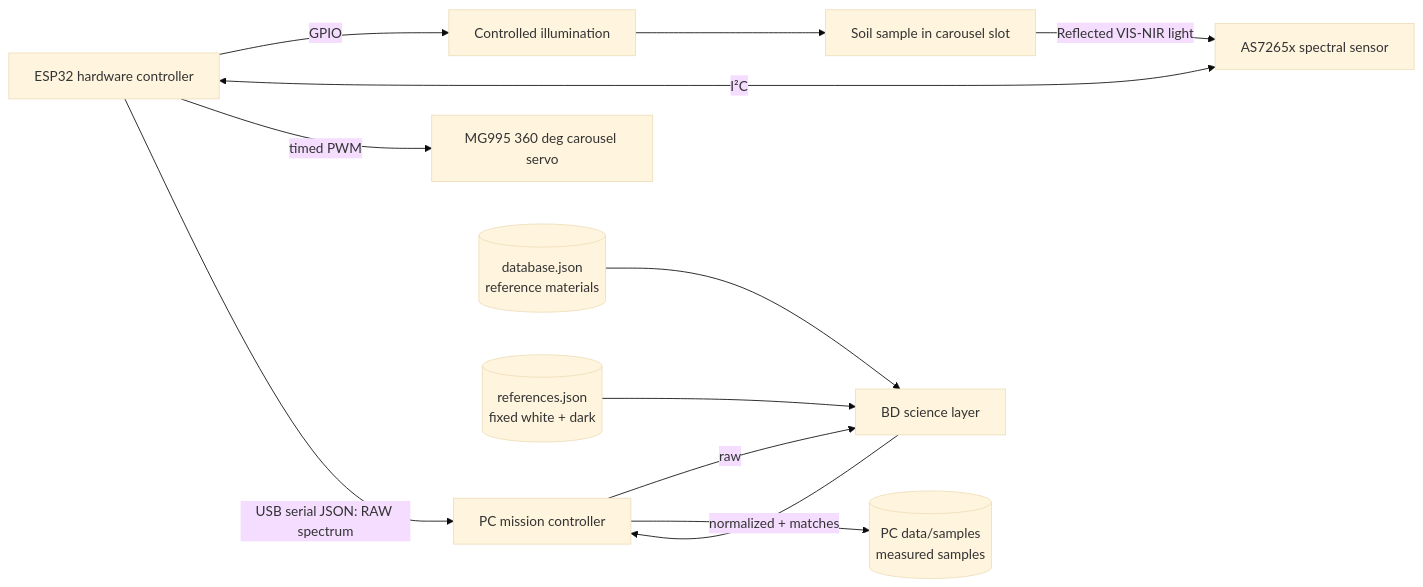
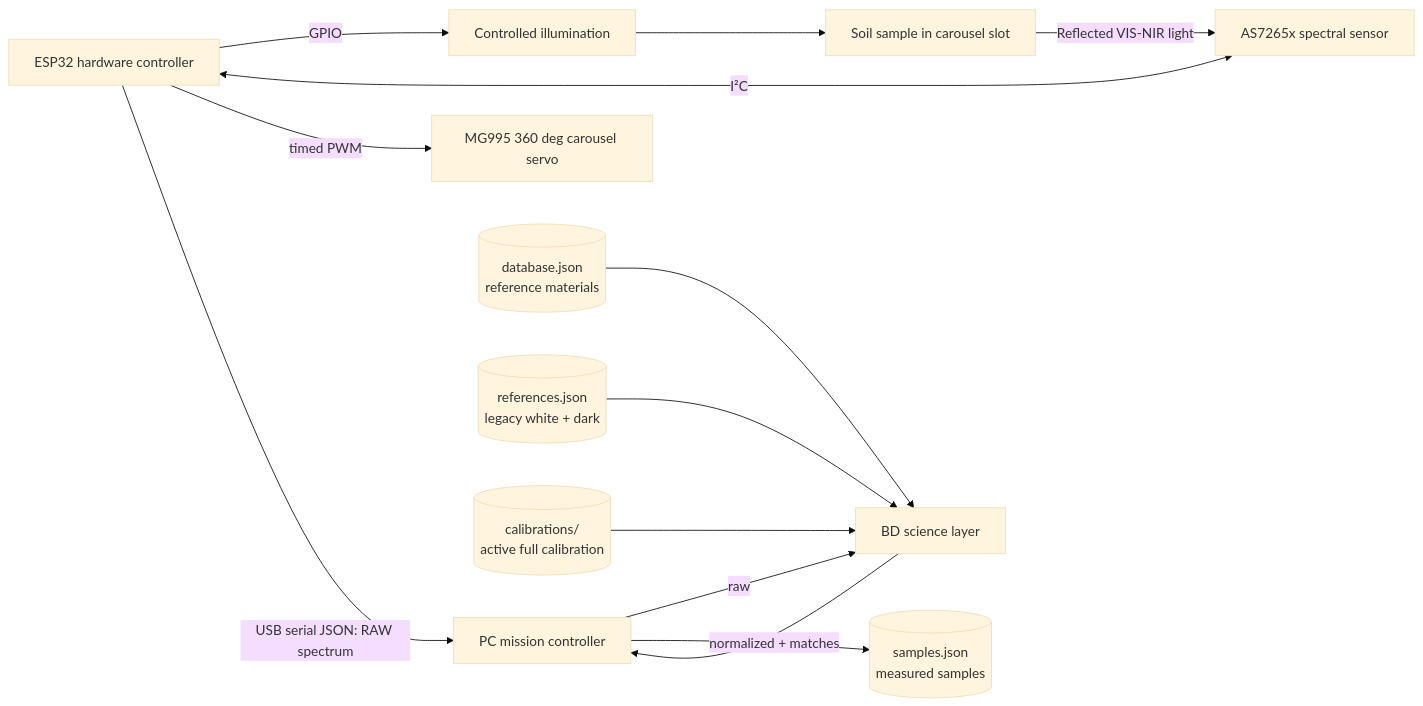
Before and after one commit to BrnoMarsRover/as7265x-soil-analysis-module: the diagram in README.md, drawn with Mermaid (base theme). The commit also changed other lines of this file and 25 other files, not shown here.

Commit message:
Checkpoint before architecture migration

````diff
--- a/README.md
+++ b/README.md
@@ -73,25 +73,27 @@
 ```mermaid
 flowchart LR
     SAMPLE[Soil sample in carousel slot]
     LIGHT[Controlled illumination]
     SENSOR[AS7265x spectral sensor]
     ESP[ESP32 hardware controller]
     SERVO[MG995 360 deg carousel servo]
     PC[PC mission controller]
     BD[BD science layer]
     DATABASE[(database.json<br/>reference materials)]
-    REFS[(references.json<br/>fixed white + dark)]
-    STORE[(PC data/samples<br/>measured samples)]
+    REFS[(references.json<br/>legacy white + dark)]
+    CAL[(calibrations/<br/>active full calibration)]
+    STORE[(samples.json<br/>measured samples)]
 
     ESP -->|GPIO| LIGHT
     LIGHT --> SAMPLE
     SAMPLE -->|Reflected VIS-NIR light| SENSOR
     ESP <-->|I²C| SENSOR
     ESP -->|timed PWM| SERVO
     ESP -->|USB serial JSON: RAW spectrum| PC
     PC -->|raw| BD
     DATABASE --> BD
     REFS --> BD
+    CAL --> BD
     BD -->|normalized + matches| PC
     PC --> STORE
 ```
````
